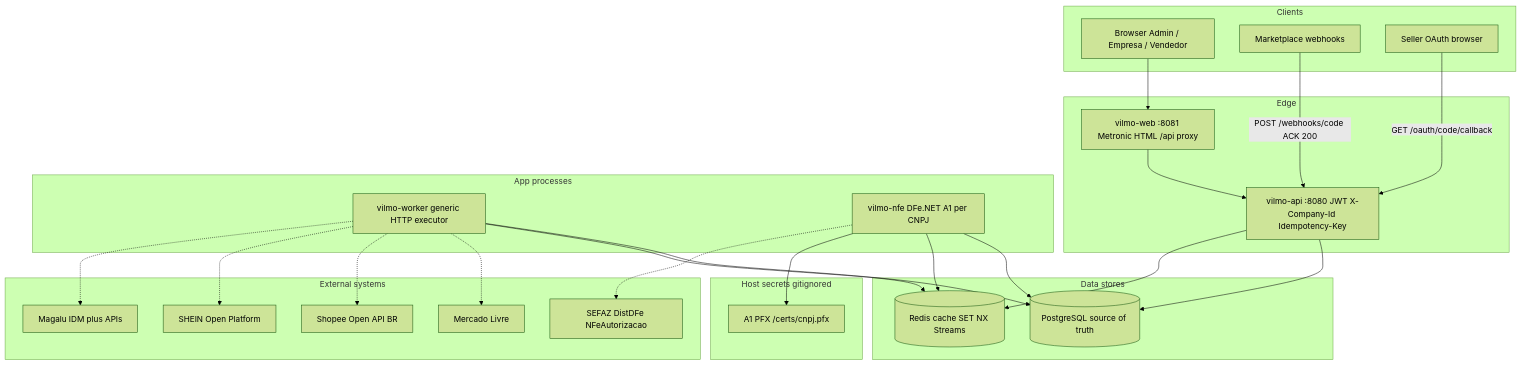
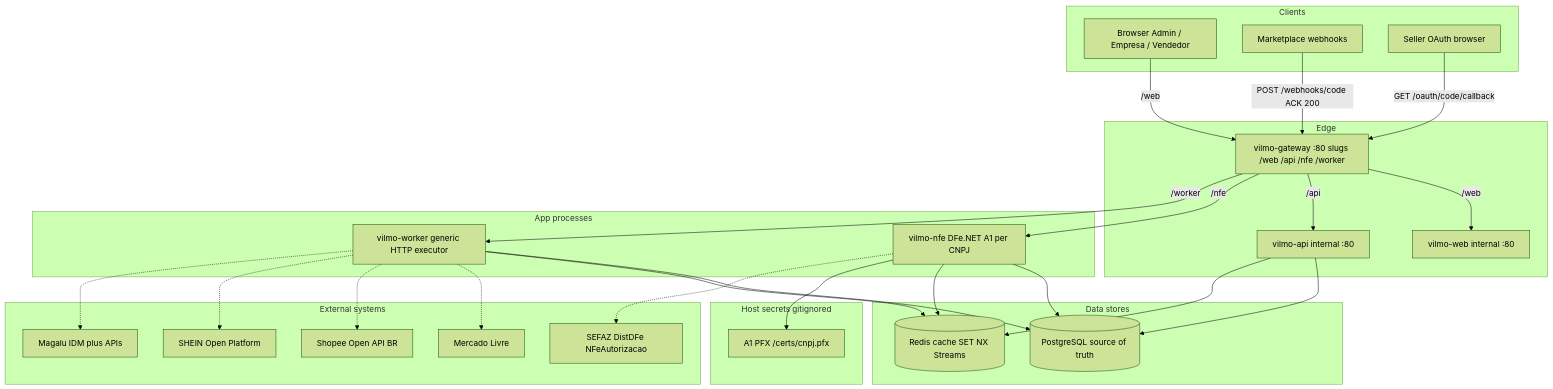
One commit to andrevilmo/VilmoMarketingEngine changed the first of 7 diagrams in MD/ARCHITECTURE.md. Above: the diagram before and after it, drawn with Mermaid (forest theme). The commit also changed other lines of this file and 11 other files, not shown here.

First line of the commit message:
feat: add nginx gateway with service slugs and unpublished backends

````diff
--- a/MD/ARCHITECTURE.md
+++ b/MD/ARCHITECTURE.md
@@ -28,54 +28,58 @@
 ```mermaid
 flowchart TB
   subgraph clients ["Clients"]
     browser["Browser Admin / Empresa / Vendedor"]
     mpHook["Marketplace webhooks"]
     oauthUser["Seller OAuth browser"]
   end
 
   subgraph edge ["Edge"]
-    web["vilmo-web :8081 Metronic HTML /api proxy"]
-    api["vilmo-api :8080 JWT X-Company-Id Idempotency-Key"]
+    gw["vilmo-gateway :80 slugs /web /api /nfe /worker"]
+    web["vilmo-web internal :80"]
+    api["vilmo-api internal :80"]
   end
 
   subgraph apps ["App processes"]
     worker["vilmo-worker generic HTTP executor"]
     nfe["vilmo-nfe DFe.NET A1 per CNPJ"]
   end
 
   subgraph data ["Data stores"]
     pg[("PostgreSQL source of truth")]
     redis[("Redis cache SET NX Streams")]
   end
 
   subgraph secrets ["Host secrets gitignored"]
     pfx["A1 PFX /certs/cnpj.pfx"]
   end
 
   subgraph ext ["External systems"]
     ml["Mercado Livre"]
     shopee["Shopee Open API BR"]
     shein["SHEIN Open Platform"]
     magalu["Magalu IDM plus APIs"]
     sefaz["SEFAZ DistDFe NFeAutorizacao"]
   end
 
-  browser --> web
-  web --> api
-  mpHook -->|"POST /webhooks/code ACK 200"| api
-  oauthUser -->|"GET /oauth/code/callback"| api
+  browser -->|"/web"| gw
+  gw -->|"/web"| web
+  gw -->|"/api"| api
+  gw -->|"/nfe"| nfe
+  gw -->|"/worker"| worker
+  mpHook -->|"POST /webhooks/code ACK 200"| gw
+  oauthUser -->|"GET /oauth/code/callback"| gw
 
   api --> pg
   api --> redis
   worker --> pg
   worker --> redis
   nfe --> pg
   nfe --> redis
   nfe --> pfx
 
   worker -.-> ml
   worker -.-> shopee
   worker -.-> shein
   worker -.-> magalu
   nfe -.-> sefaz
 ```
````
